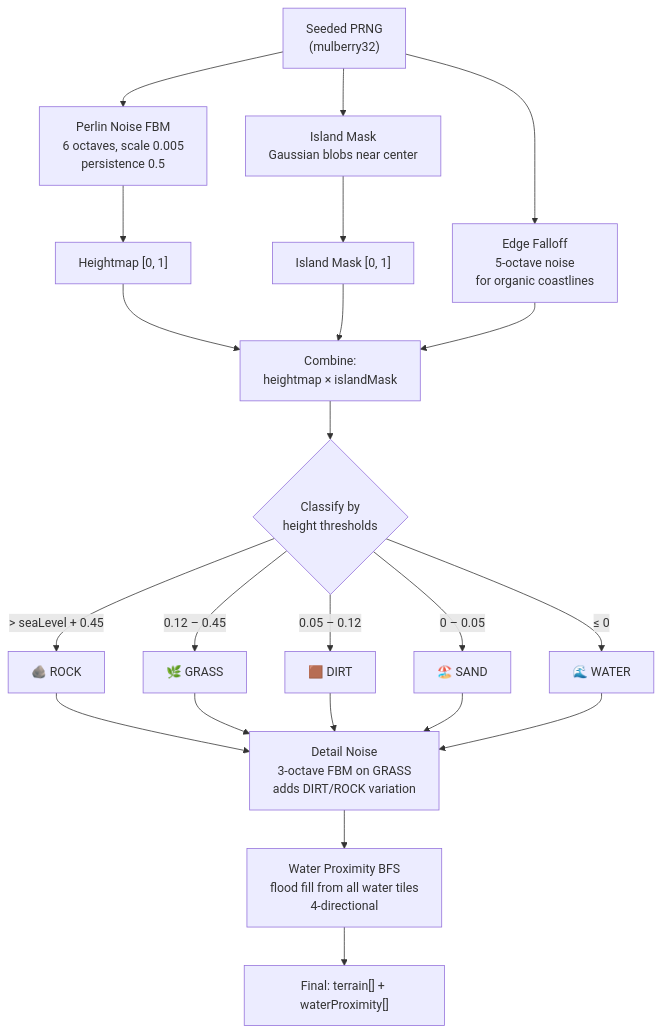
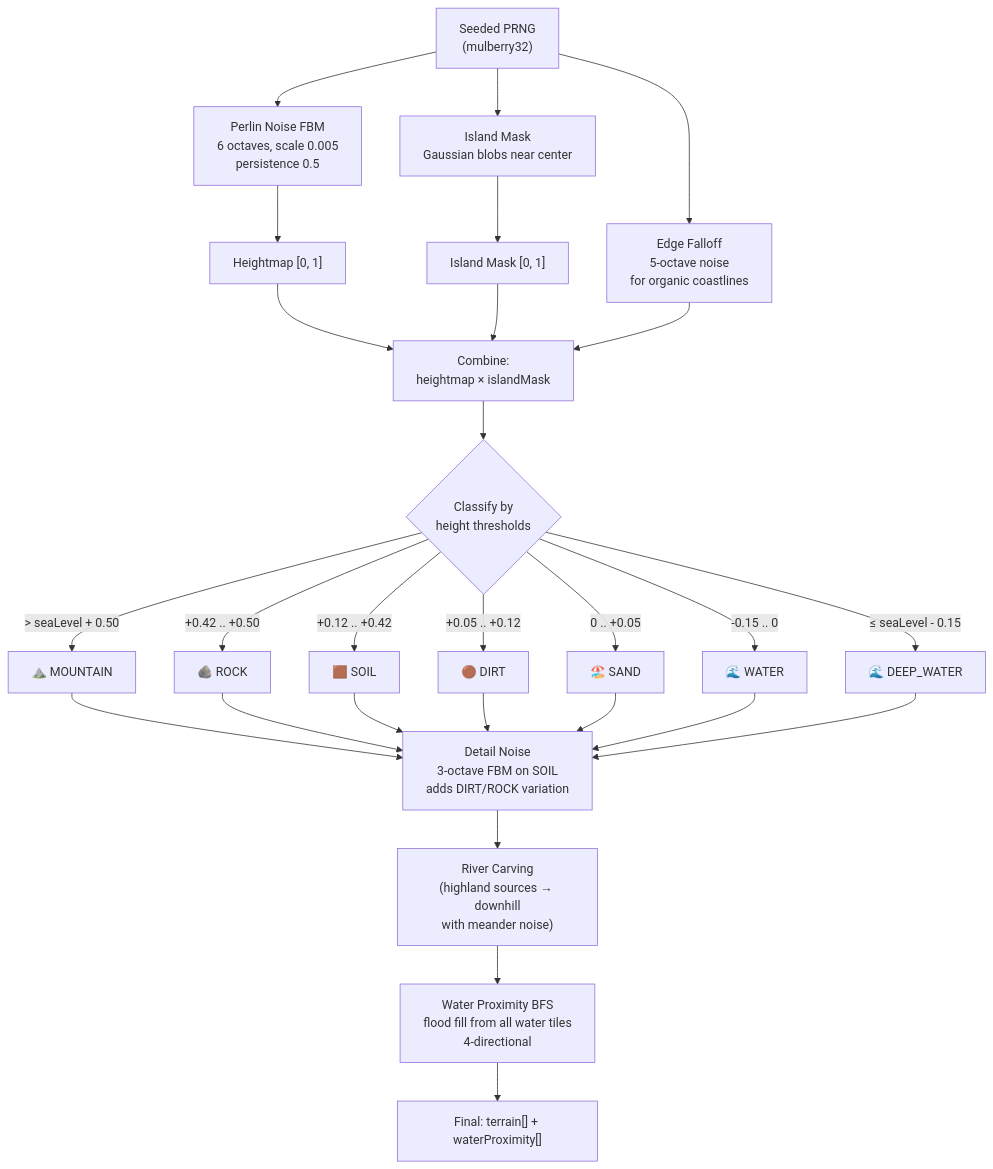
One commit to andrenepomuceno/BiomeSimulator changed the first of 2 diagrams in docs/engine/algorithms.md. Above: the diagram before and after it, drawn with Mermaid. The commit also changed other lines of this file and 5 other files, not shown here.

````diff
--- a/docs/engine/algorithms.md
+++ b/docs/engine/algorithms.md
@@ -12,30 +12,36 @@
 ```mermaid
 flowchart TD
     Seed["Seeded PRNG\n(mulberry32)"] --> Perlin["Perlin Noise FBM\n6 octaves, scale 0.005\npersistence 0.5"]
     Perlin --> HM["Heightmap [0, 1]"]
 
     Seed --> Island["Island Mask\nGaussian blobs near center"]
     Island --> Mask["Island Mask [0, 1]"]
 
     HM --> Combine["Combine:\nheightmap × islandMask"]
     Mask --> Combine
 
     Seed --> Edge["Edge Falloff\n5-octave noise\nfor organic coastlines"]
     Edge --> Combine
 
     Combine --> Classify{"Classify by\nheight thresholds"}
-    Classify -->|"> seaLevel + 0.45"| Rock["🪨 ROCK"]
-    Classify -->|"0.12 – 0.45"| Grass["🌿 GRASS"]
-    Classify -->|"0.05 – 0.12"| Dirt["🟫 DIRT"]
-    Classify -->|"0 – 0.05"| Sand["🏖️ SAND"]
-    Classify -->|"≤ 0"| Water["🌊 WATER"]
+    Classify -->|"> seaLevel + 0.50"| Mountain["⛰️ MOUNTAIN"]
+    Classify -->|"+0.42 .. +0.50"| Rock["🪨 ROCK"]
+    Classify -->|"+0.12 .. +0.42"| Soil["🟫 SOIL"]
+    Classify -->|"+0.05 .. +0.12"| Dirt["🟤 DIRT"]
+    Classify -->|"0 .. +0.05"| Sand["🏖️ SAND"]
+    Classify -->|"-0.15 .. 0"| Water["🌊 WATER"]
+    Classify -->|"≤ seaLevel - 0.15"| DeepWater["🌊 DEEP_WATER"]
 
-    Rock --> Detail["Detail Noise\n3-octave FBM on GRASS\nadds DIRT/ROCK variation"]
-    Grass --> Detail
+    Mountain --> Detail
+    Rock --> Detail["Detail Noise\n3-octave FBM on SOIL\nadds DIRT/ROCK variation"]
+    Soil --> Detail
     Dirt --> Detail
     Sand --> Detail
     Water --> Detail
+    DeepWater --> Detail
 
-    Detail --> BFS["Water Proximity BFS\nflood fill from all water tiles\n4-directional"]
+    Detail --> Rivers["River Carving\n(highland sources → downhill\nwith meander noise)"]
+
+    Rivers --> BFS["Water Proximity BFS\nflood fill from all water tiles\n4-directional"]
     BFS --> Result["Final: terrain[] + waterProximity[]"]
 ```
````
